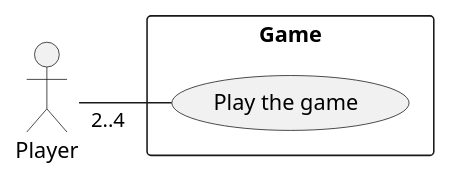
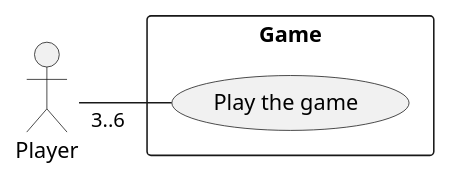
Before and after one commit to DTUSoftware/Matador: the diagram in src/main/resources/UseCaseDiagram.puml, drawn with PlantUML. The commit also changed 5 other files, not shown here.

Commit message:
Update UML diagrams to match new requirements and game layout

```diff
--- a/src/main/resources/UseCaseDiagram.puml
+++ b/src/main/resources/UseCaseDiagram.puml
@@ -1,16 +1,16 @@
 @startuml
 'https://plantuml.com/use-case-diagram
 
 actor :Player: as Player
 
 rectangle Game {
     left to right direction
 
     usecase "Play the game" as Play
 }
 
-Player "2..4" -- (Play)
+Player "3..6" -- (Play)
 
 
 
 @enduml
```
